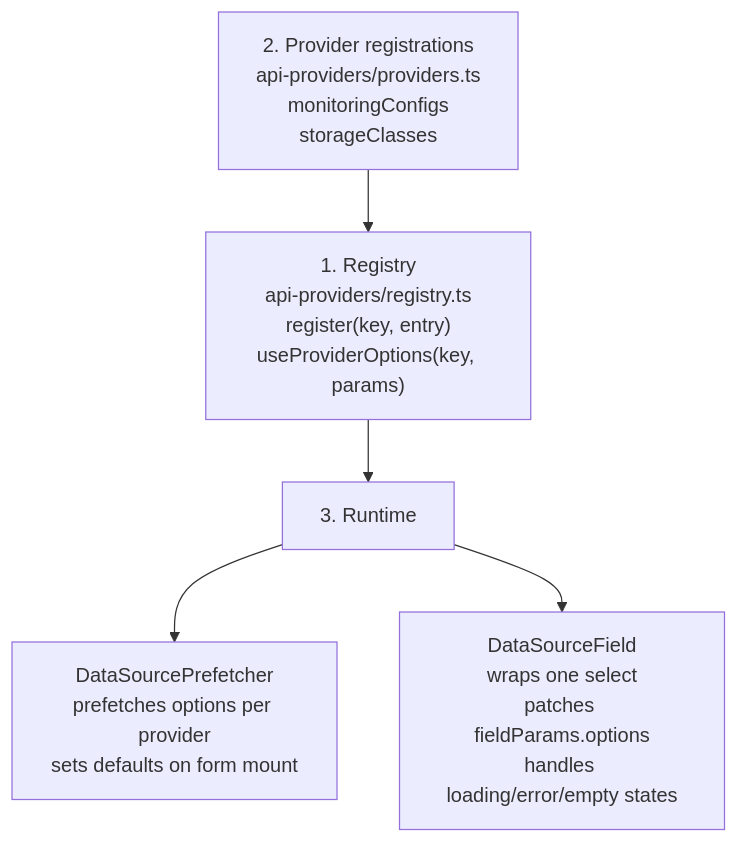
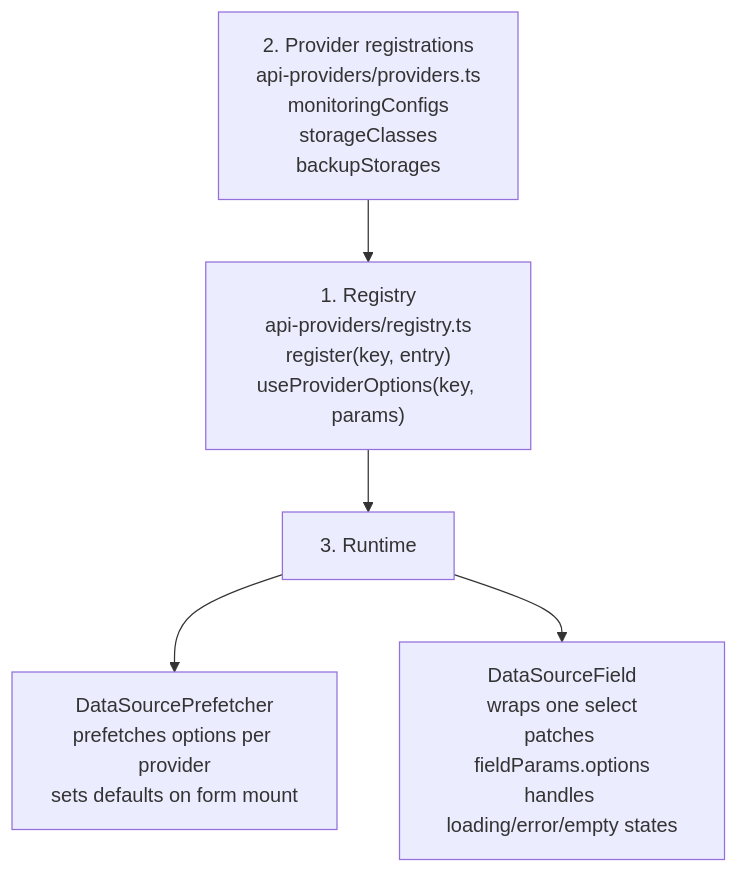
Before and after one commit to openeverest/openeverest: the second of 3 diagrams in docs/ui/architecture/ui-generator/pipeline.md, drawn with Mermaid. The commit also changed other lines of this file and 10 other files, not shown here.

First line of the commit message:
feat(ui): backupStorages data source for the UI generator

````diff
--- a/docs/ui/architecture/ui-generator/pipeline.md
+++ b/docs/ui/architecture/ui-generator/pipeline.md
@@ -112,13 +112,13 @@
 ```mermaid
 flowchart TD
   REG["1. Registry<br/>api-providers/registry.ts<br/>register(key, entry)<br/>useProviderOptions(key, params)"]
-  PROVIDERS["2. Provider registrations<br/>api-providers/providers.ts<br/>monitoringConfigs<br/>storageClasses"]
+  PROVIDERS["2. Provider registrations<br/>api-providers/providers.ts<br/>monitoringConfigs<br/>storageClasses<br/>backupStorages"]
   RUNTIME["3. Runtime"]
   PREFETCH["DataSourcePrefetcher<br/>prefetches options per provider<br/>sets defaults on form mount"]
   FIELD["DataSourceField<br/>wraps one select<br/>patches fieldParams.options<br/>handles loading/error/empty states"]
 
   PROVIDERS --> REG
   REG --> RUNTIME
   RUNTIME --> PREFETCH
   RUNTIME --> FIELD
 ```
````
